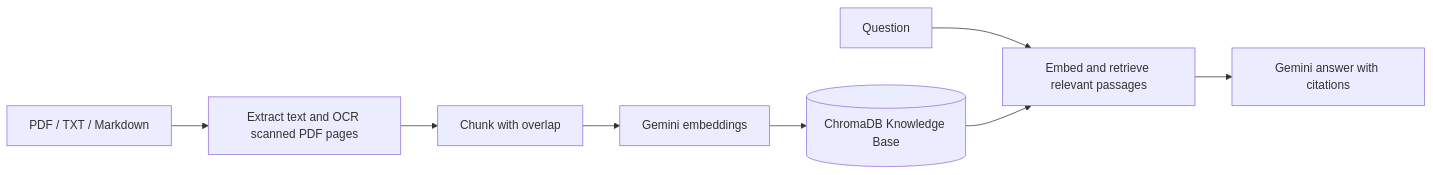
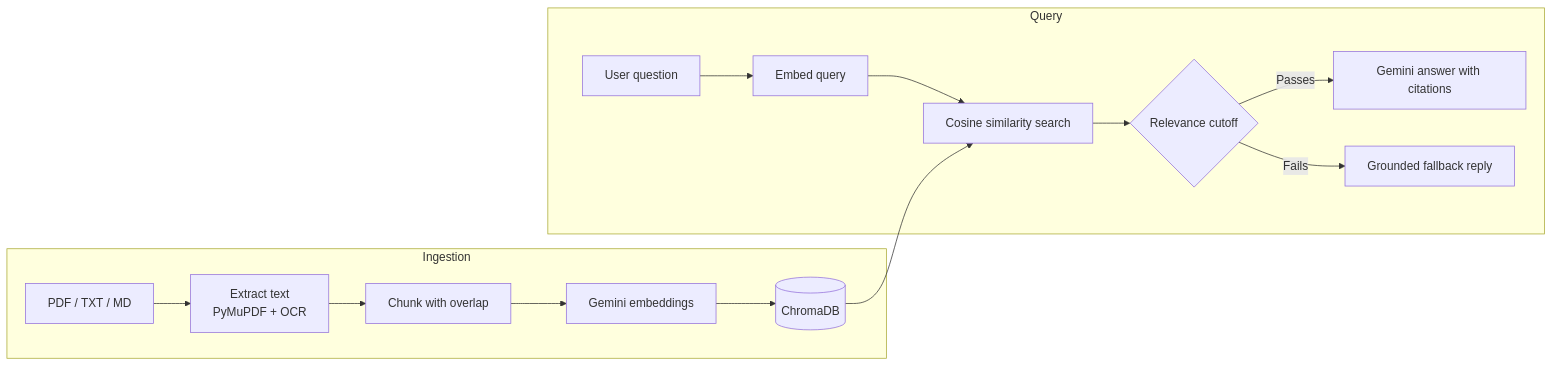
One commit to subornoroychowdhury7-afk/rag_app changed the diagram in README.md. Above: the diagram before and after it, drawn with Mermaid. The commit also changed other lines of this file, not shown here.

Commit message:
docs: overhaul README with architecture diagram, full config reference, troubleshooting, and project structure

````diff
--- a/README.md
+++ b/README.md
@@ -22,10 +34,17 @@
 ```mermaid
 flowchart LR
-  A[PDF / TXT / Markdown] --> B[Extract text and OCR scanned PDF pages]
-  B --> C[Chunk with overlap]
-  C --> D[Gemini embeddings]
-  D --> E[(ChromaDB Knowledge Base)]
-  Q[Question] --> R[Embed and retrieve relevant passages]
-  E --> R
-  R --> G[Gemini answer with citations]
+  subgraph Ingestion
+    A[PDF / TXT / MD] --> B[Extract text\nPyMuPDF + OCR]
+    B --> C[Chunk with overlap]
+    C --> D[Gemini embeddings]
+    D --> E[(ChromaDB)]
+  end
+  subgraph Query
+    Q[User question] --> R[Embed query]
+    R --> S[Cosine similarity search]
+    E --> S
+    S --> T{Relevance cutoff}
+    T -->|Passes| G[Gemini answer with citations]
+    T -->|Fails| F[Grounded fallback reply]
+  end
 ```
````
